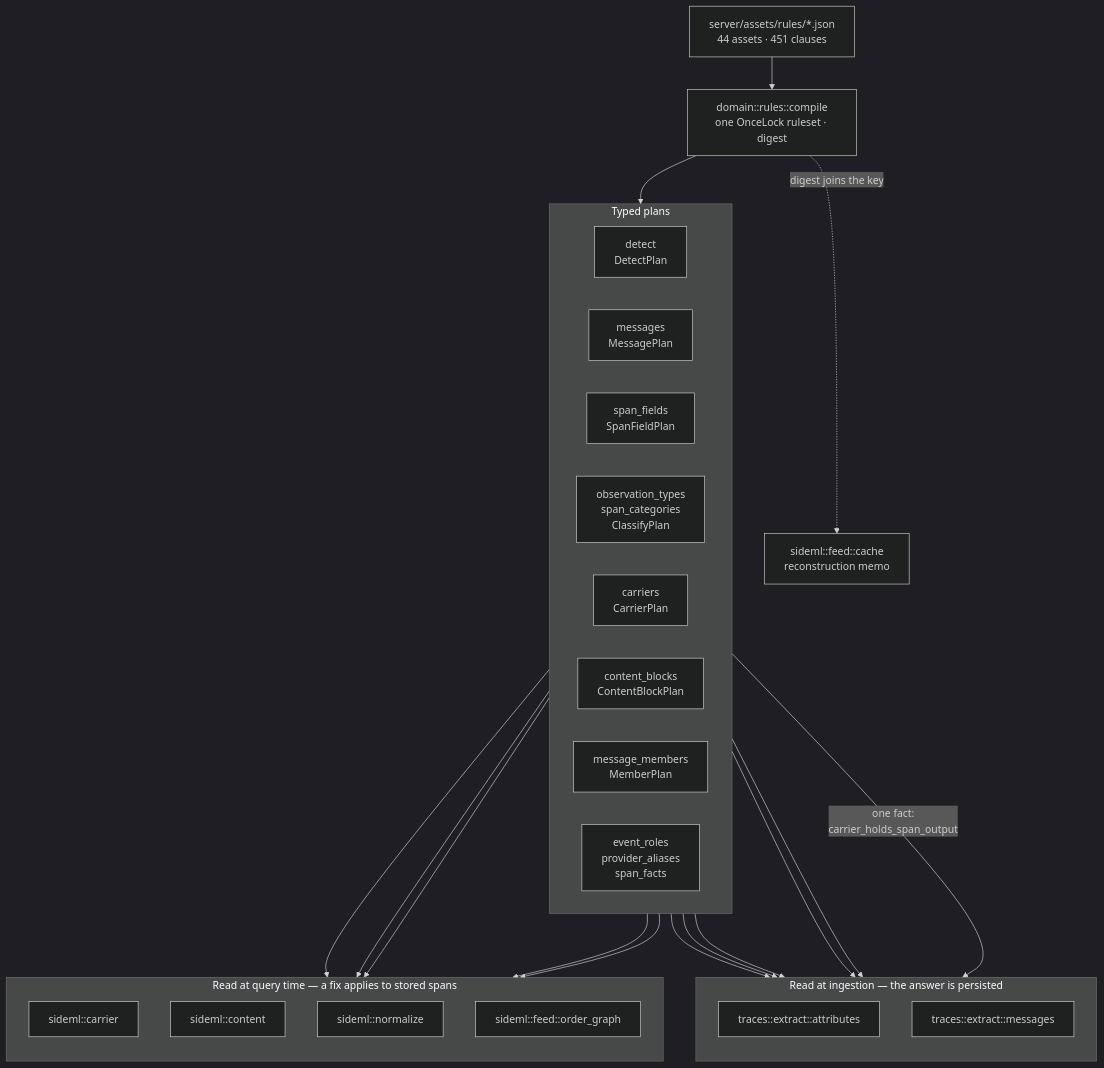
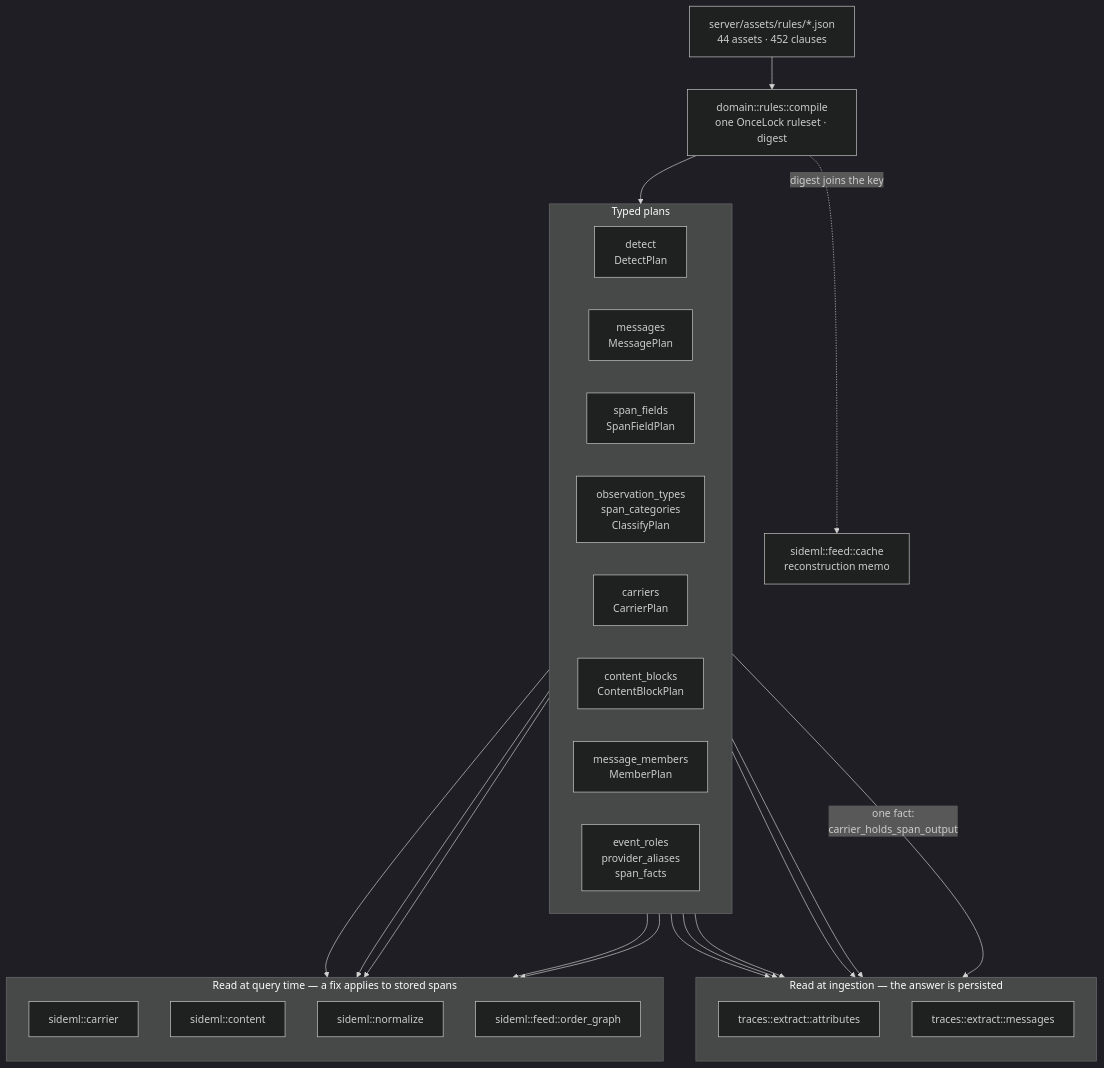
Before and after one commit to sideseat/sideseat: the first of 7 diagrams in docs/engineering/architecture-diagrams.md, drawn with Mermaid (dark theme). The commit also changed 3 other files, not shown here.

````diff
--- a/docs/engineering/architecture-diagrams.md
+++ b/docs/engineering/architecture-diagrams.md
@@ -18,47 +18,47 @@
 ```mermaid
 flowchart TB
-    assets["server/assets/rules/*.json<br/>44 assets · 451 clauses"]
+    assets["server/assets/rules/*.json<br/>44 assets · 452 clauses"]
     compile["domain::rules::compile<br/>one OnceLock ruleset · digest"]
     assets --> compile
 
     subgraph plans["Typed plans"]
         direction LR
         detect["detect<br/>DetectPlan"]
         messages["messages<br/>MessagePlan"]
         fields["span_fields<br/>SpanFieldPlan"]
         classify["observation_types<br/>span_categories<br/>ClassifyPlan"]
         carriers["carriers<br/>CarrierPlan"]
         blocks["content_blocks<br/>ContentBlockPlan"]
         members["message_members<br/>MemberPlan"]
         roles["event_roles<br/>provider_aliases<br/>span_facts"]
     end
     compile --> plans
 
     subgraph ingest["Read at ingestion — the answer is persisted"]
         direction TB
         attrs["traces::extract::attributes"]
         msgs["traces::extract::messages"]
     end
 
     subgraph query["Read at query time — a fix applies to stored spans"]
         direction TB
         carrier["sideml::carrier"]
         content["sideml::content"]
         normalize["sideml::normalize"]
         order["sideml::feed::order_graph"]
     end
 
     detect --> attrs
     fields --> attrs
     classify --> attrs
     roles --> attrs
     messages --> msgs
     carriers -->|"one fact:<br/>carrier_holds_span_output"| msgs
     carriers --> carrier
     carriers --> order
     blocks --> content
     members --> content
     roles --> normalize
 
     compile -. "digest joins the key" .-> cache["sideml::feed::cache<br/>reconstruction memo"]
 ```
````
